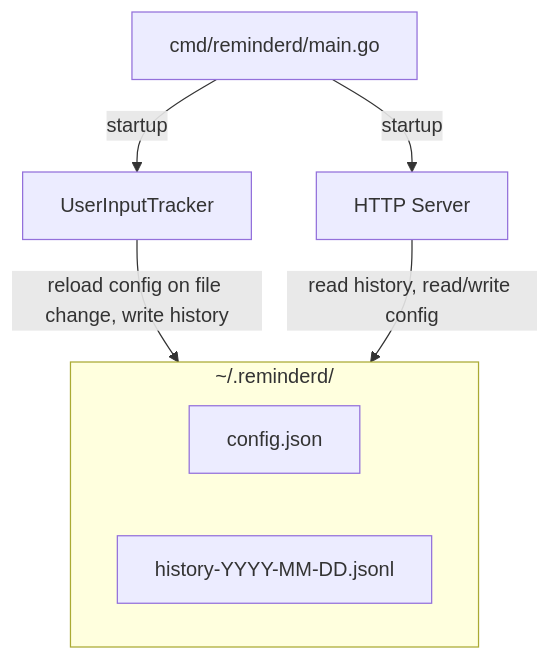
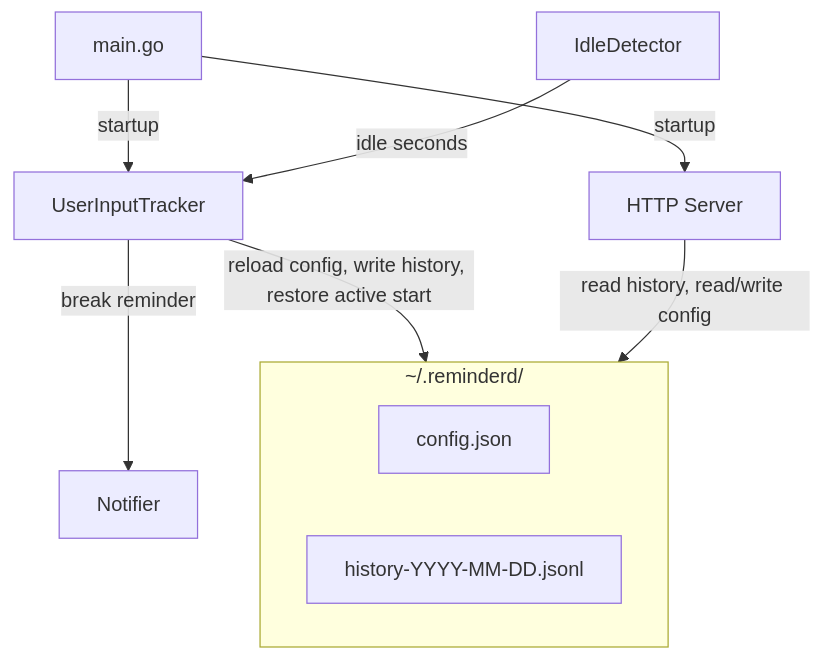
Before and after one commit to daominah/reminderd: the diagram in README.md, drawn with Mermaid. The commit also changed other lines of this file, not shown here.

Commit message:
simplify README design section, keep only diagram

````diff
--- a/README.md
+++ b/README.md
@@ -73,13 +73,16 @@
 ```mermaid
 graph TD
-    K["cmd/reminderd/main.go"] -->|startup| A
+    K["main.go"] -->|startup| A
     K -->|startup| F
 
-    A[UserInputTracker] -->|reload config on file change, write history| S
+    I[IdleDetector] -->|idle seconds| A
+    A[UserInputTracker] -->|reload config, write history, restore active start| S
+    A -->|break reminder| N[Notifier]
+
     F[HTTP Server] -->|read history, read/write config| S
 
     subgraph S ["~/.reminderd/"]
         C["config.json"]
         D["history-YYYY-MM-DD.jsonl"]
     end
 ```
````
